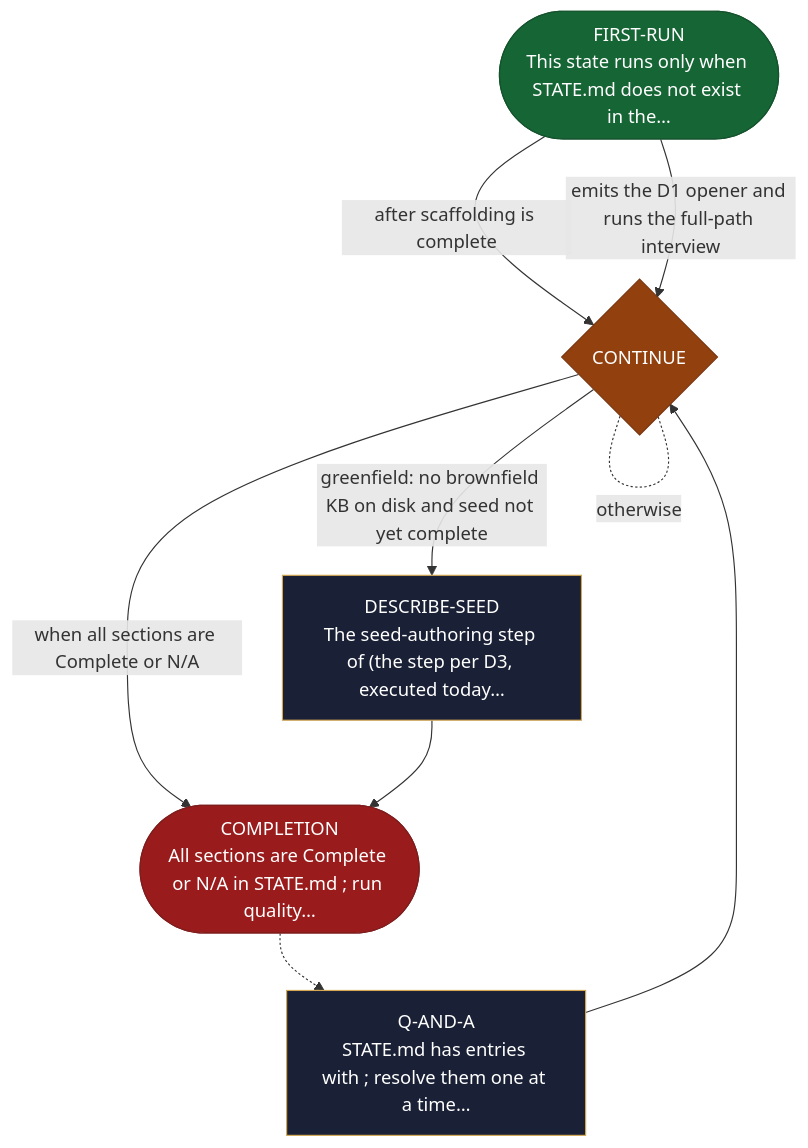
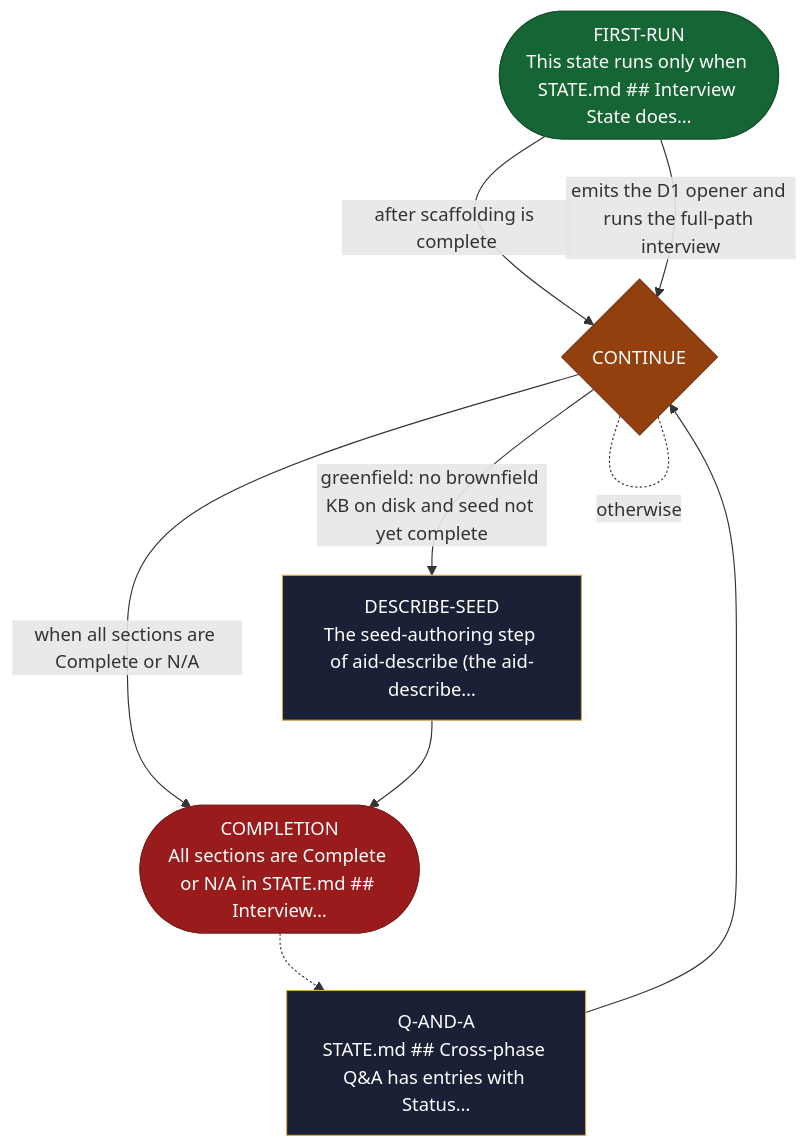
One commit to AndreVianna/aid-methodology changed the diagram in site/src/content/docs/skills/aid-describe.md. Above: the diagram before and after it, drawn with Mermaid. The commit also changed 15 other files, not shown here.

````diff
--- a/site/src/content/docs/skills/aid-describe.md
+++ b/site/src/content/docs/skills/aid-describe.md
@@ -20,32 +20,32 @@
 ```mermaid
 flowchart TB
   classDef aidNode color:#fff
   classDef aidEntry fill:#166534,stroke:#14532d,color:#fff
   classDef aidExit fill:#991b1b,stroke:#7f1d1d,color:#fff
   classDef aidDecision fill:#92400e,stroke:#78350f,color:#fff
   classDef aidLoopBack fill:#1e3a8a,stroke:#1e3a8a,color:#fff
   classDef aidStep fill:#1a2035,stroke:#d4a853,color:#f1f5f9
-  n1(["FIRST-RUN<br/>This state runs only when STATE.md does not exist in the…"])
-  n2["Q-AND-A<br/>STATE.md has entries with ; resolve them one at a time…"]
+  n1(["FIRST-RUN<br/>This state runs only when STATE.md ## Interview State does…"])
+  n2["Q-AND-A<br/>STATE.md ## Cross-phase Q&amp;A has entries with Status…"]
   n3{"CONTINUE"}
-  n4["DESCRIBE-SEED<br/>The seed-authoring step of (the step per D3, executed today…"]
-  n5(["COMPLETION<br/>All sections are Complete or N/A in STATE.md ; run quality…"])
+  n4["DESCRIBE-SEED<br/>The seed-authoring step of aid-describe (the aid-describe…"]
+  n5(["COMPLETION<br/>All sections are Complete or N/A in STATE.md ## Interview…"])
   n1 -->|"after scaffolding is complete"| n3
   n1 -->|"emits the D1 opener and runs the full-path interview"| n3
   n2 --> n3
   n3 -. "otherwise" .- n3
   n3 -->|"greenfield: no brownfield KB on disk and seed not yet complete"| n4
   n3 -->|"when all sections are Complete or N/A"| n5
   n4 --> n5
   n5 -.-> n2
   class n1 aidEntry
   class n2 aidStep
   class n3 aidDecision
   class n4 aidStep
   class n5 aidExit
   class n1 aidNode
   class n2 aidNode
   class n3 aidNode
   class n4 aidNode
   class n5 aidNode
 ```
````
